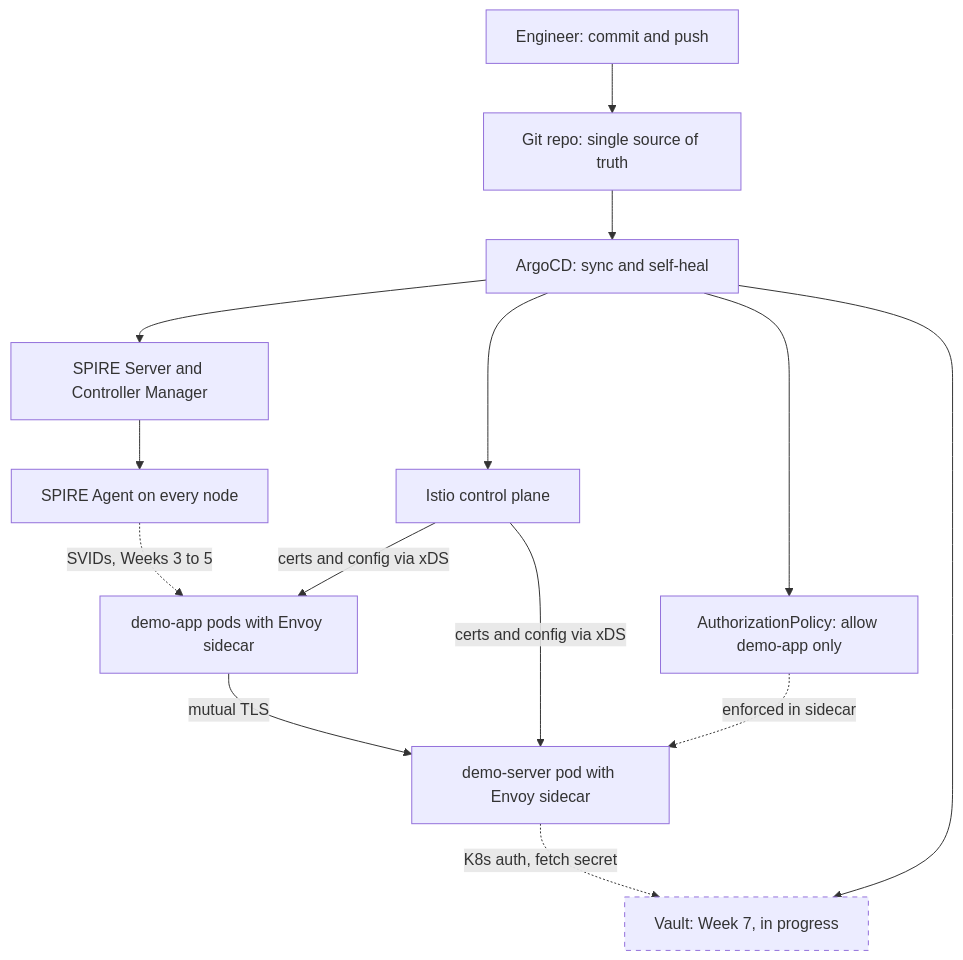
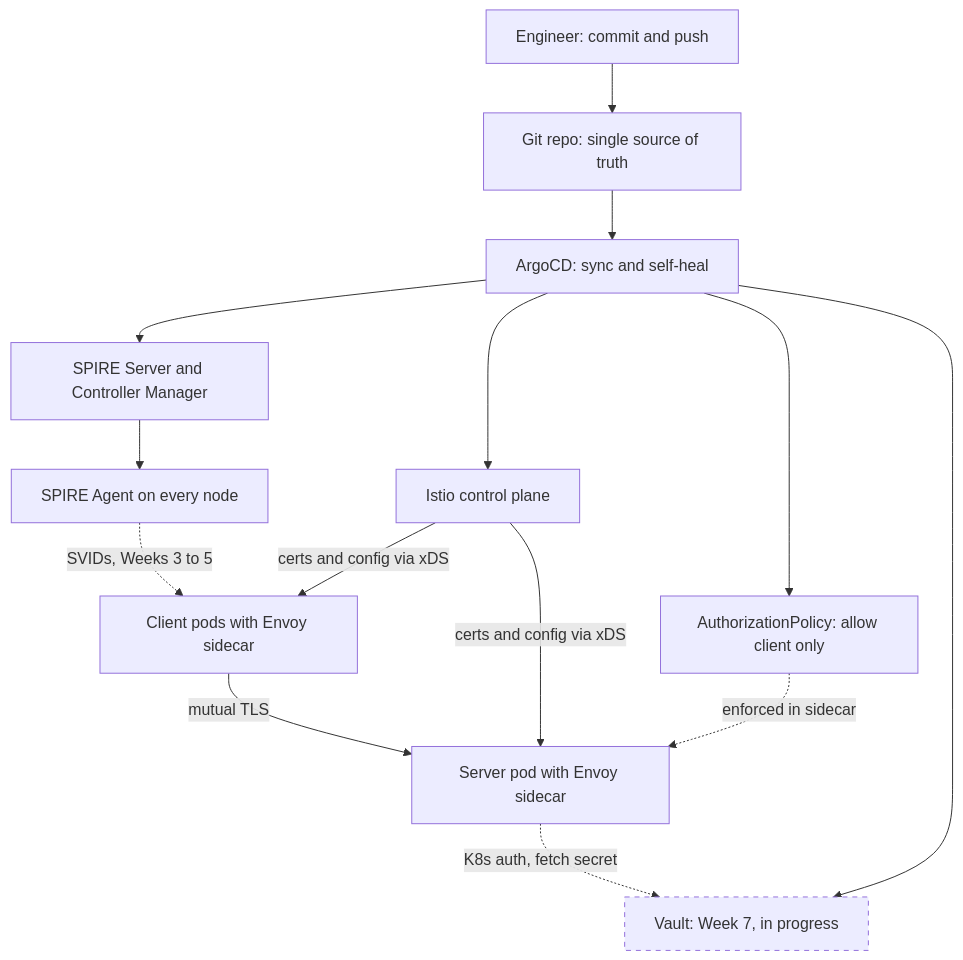
The diagram in projects/gitops-zero-trust/README.md (Suliman8/portfolio), drawn with Mermaid before and after one commit. The commit also changed other lines of this file and 10 other files, not shown here.

````diff
--- a/projects/gitops-zero-trust/README.md
+++ b/projects/gitops-zero-trust/README.md
@@ -42,17 +42,17 @@
 ```mermaid
 flowchart TD
     DEV["Engineer: commit and push"] --> GIT["Git repo: single source of truth"]
     GIT --> ARGO["ArgoCD: sync and self-heal"]
     ARGO --> SPS["SPIRE Server and Controller Manager"]
     ARGO --> ISTIOD["Istio control plane"]
-    ARGO --> POL["AuthorizationPolicy: allow demo-app only"]
+    ARGO --> POL["AuthorizationPolicy: allow client only"]
     ARGO --> VAULT["Vault: Week 7, in progress"]
     SPS --> SPA["SPIRE Agent on every node"]
-    SPA -.->|"SVIDs, Weeks 3 to 5"| CLI["demo-app pods with Envoy sidecar"]
+    SPA -.->|"SVIDs, Weeks 3 to 5"| CLI["Client pods with Envoy sidecar"]
     ISTIOD -->|"certs and config via xDS"| CLI
-    ISTIOD -->|"certs and config via xDS"| SRV["demo-server pod with Envoy sidecar"]
+    ISTIOD -->|"certs and config via xDS"| SRV["Server pod with Envoy sidecar"]
     CLI -->|"mutual TLS"| SRV
     POL -.->|"enforced in sidecar"| SRV
     SRV -.->|"K8s auth, fetch secret"| VAULT
     style VAULT stroke-dasharray: 5 5
 ```
````
